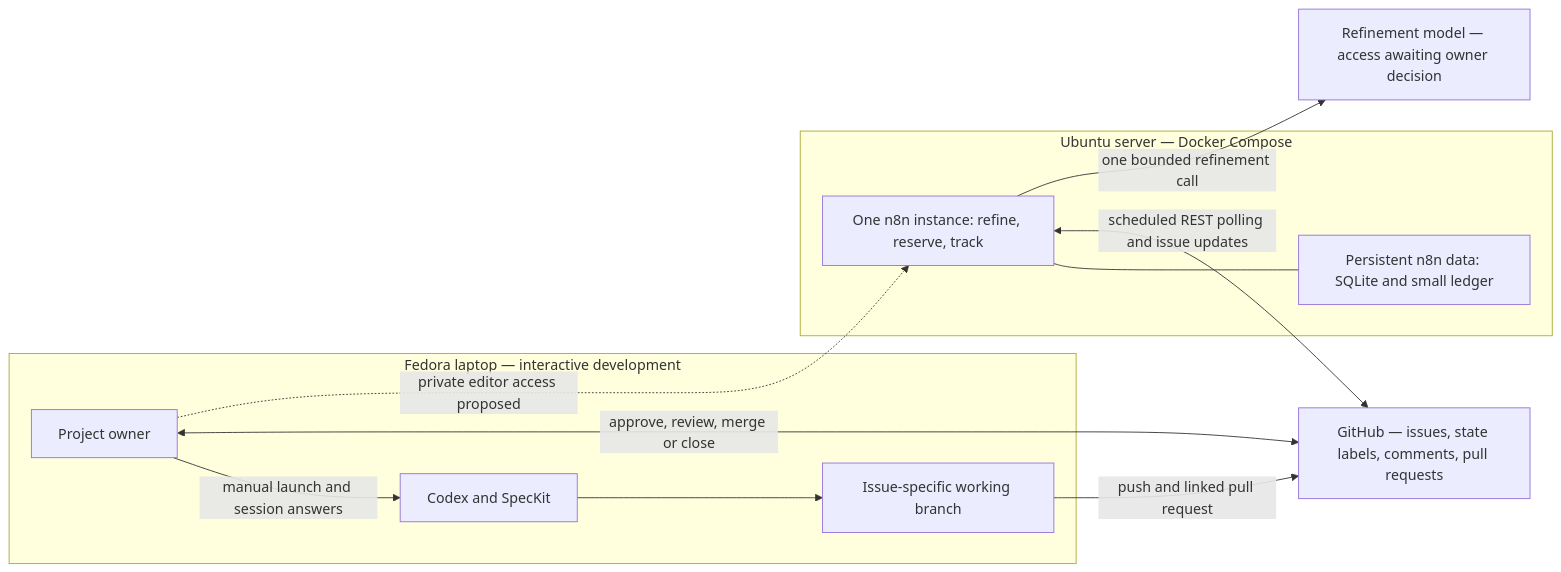
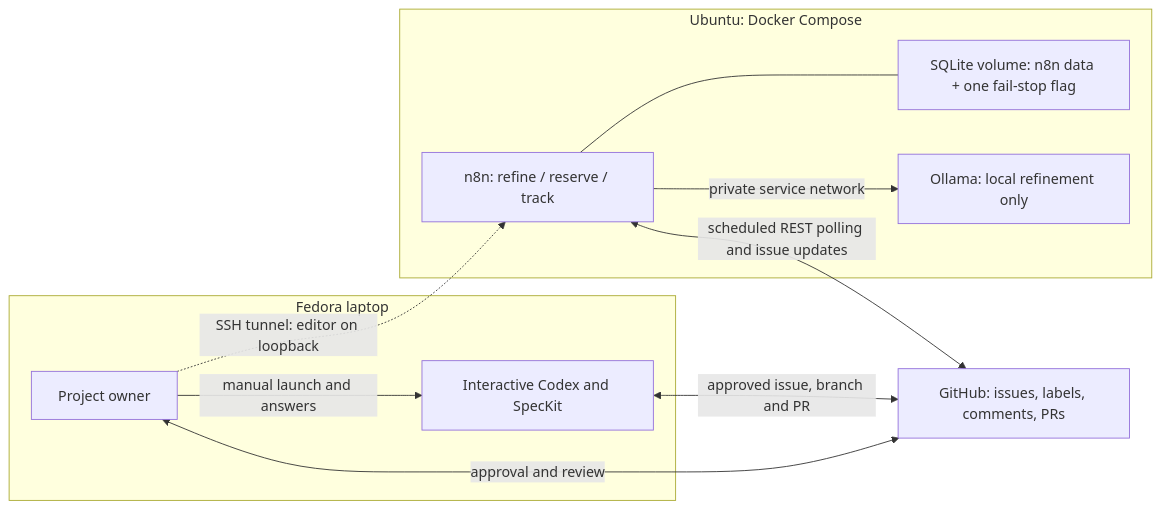
The diagram in specs/001-basic-a-factory/plan.md (MBroholm/software-factory), drawn with Mermaid before and after one commit. The commit also changed other lines of this file and 6 other files, not shown here.

````diff
--- a/specs/001-basic-a-factory/plan.md
+++ b/specs/001-basic-a-factory/plan.md
@@ -52,21 +46,20 @@
 ```mermaid
 flowchart LR
-    subgraph Fedora["Fedora laptop — interactive development"]
-        Owner[Project owner]
-        Agent[Codex and SpecKit]
-        Work[Issue-specific working branch]
-        Owner -->|manual launch and session answers| Agent
-        Agent --> Work
+    subgraph Fedora["Fedora laptop"]
+        Human[Project owner]
+        Codex[Interactive Codex and SpecKit]
+        Human -->|manual launch and answers| Codex
     end
-    GH["GitHub — issues, state labels, comments, pull requests"]
-    subgraph Ubuntu["Ubuntu server — Docker Compose"]
-        N8N["One n8n instance: refine, reserve, track"]
-        Data["Persistent n8n data: SQLite and small ledger"]
-        N8N --- Data
+    GH["GitHub: issues, labels, comments, PRs"]
+    subgraph Ubuntu["Ubuntu: Docker Compose"]
+        N8N["n8n: refine / reserve / track"]
+        Persist["SQLite volume: n8n data + one fail-stop flag"]
+        Ollama["Ollama: local refinement only"]
+        N8N --- Persist
+        N8N -->|private service network| Ollama
     end
     N8N <-->|scheduled REST polling and issue updates| GH
-    N8N -->|one bounded refinement call| Model["Refinement model — access awaiting owner decision"]
-    Work -->|push and linked pull request| GH
-    Owner <-->|approve, review, merge or close| GH
-    Owner -.->|private editor access proposed| N8N
+    Codex <-->|approved issue, branch and PR| GH
+    Human <-->|approval and review| GH
+    Human -.->|SSH tunnel: editor on loopback| N8N
 ```
````
